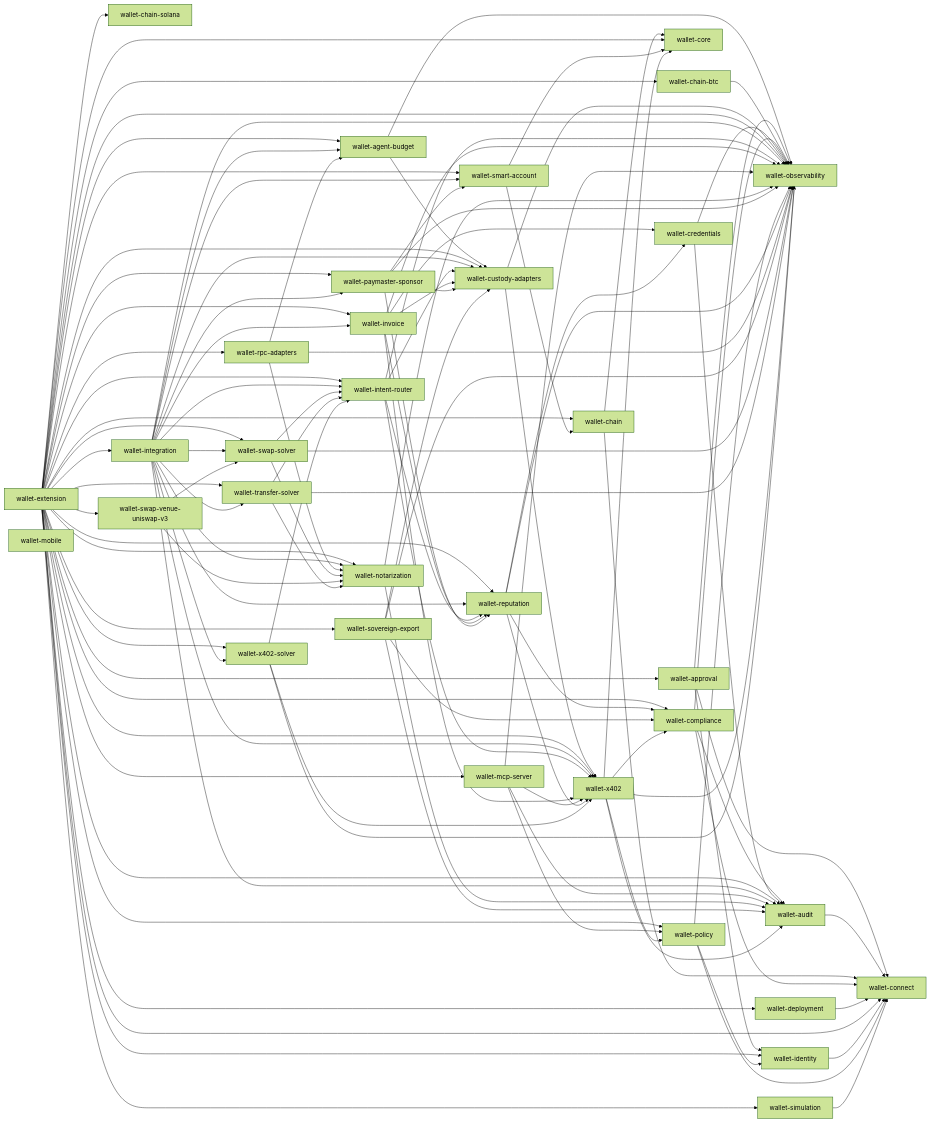
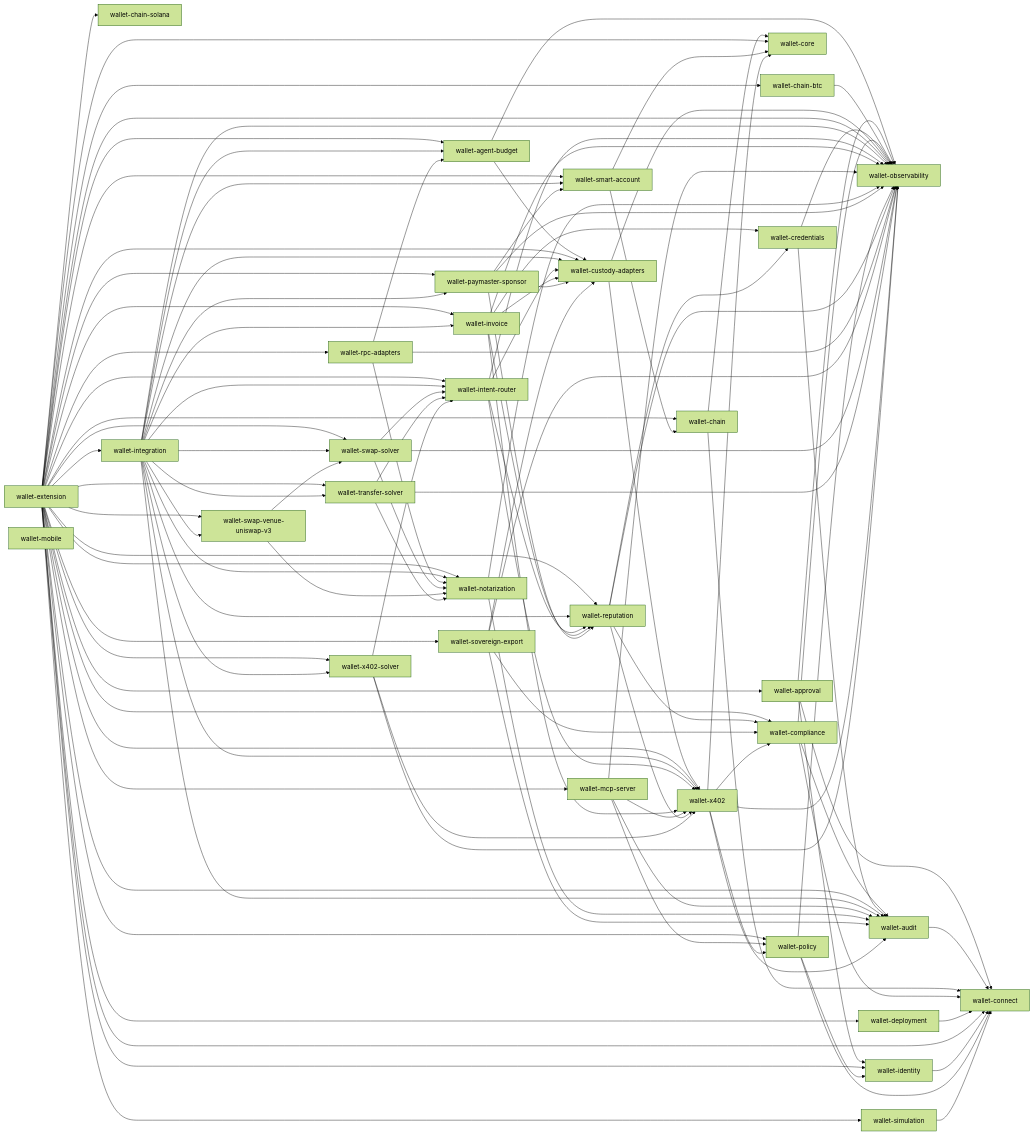
Before and after one commit to aethelred-foundation/wallet: the diagram in reports/workspace-deps.mmd, drawn with Mermaid (forest theme). The commit also changed 8 other files, not shown here.

First line of the commit message:
feat(integration): wire UniswapV3SwapVenue into solver-trio demo via --venue flag (#96)

```diff
--- a/reports/workspace-deps.mmd
+++ b/reports/workspace-deps.mmd
@@ -1,120 +1,121 @@
 flowchart LR
   wallet-agent-budget --> wallet-custody-adapters
   wallet-agent-budget --> wallet-observability
   wallet-approval --> wallet-connect
   wallet-approval --> wallet-identity
   wallet-approval --> wallet-observability
   wallet-audit --> wallet-connect
   wallet-chain --> wallet-connect
   wallet-chain --> wallet-core
   wallet-chain-btc --> wallet-observability
   wallet-chain-solana
   wallet-compliance --> wallet-audit
   wallet-compliance --> wallet-connect
   wallet-compliance --> wallet-observability
   wallet-connect
   wallet-core
   wallet-credentials --> wallet-audit
   wallet-credentials --> wallet-observability
   wallet-custody-adapters --> wallet-observability
   wallet-custody-adapters --> wallet-x402
   wallet-deployment --> wallet-connect
   wallet-extension --> wallet-agent-budget
   wallet-extension --> wallet-approval
   wallet-extension --> wallet-audit
   wallet-extension --> wallet-chain
   wallet-extension --> wallet-chain-btc
   wallet-extension --> wallet-chain-solana
   wallet-extension --> wallet-compliance
   wallet-extension --> wallet-connect
   wallet-extension --> wallet-core
   wallet-extension --> wallet-custody-adapters
   wallet-extension --> wallet-deployment
   wallet-extension --> wallet-identity
   wallet-extension --> wallet-integration
   wallet-extension --> wallet-intent-router
   wallet-extension --> wallet-invoice
   wallet-extension --> wallet-mcp-server
   wallet-extension --> wallet-notarization
   wallet-extension --> wallet-observability
   wallet-extension --> wallet-paymaster-sponsor
   wallet-extension --> wallet-policy
   wallet-extension --> wallet-reputation
   wallet-extension --> wallet-rpc-adapters
   wallet-extension --> wallet-simulation
   wallet-extension --> wallet-smart-account
   wallet-extension --> wallet-sovereign-export
   wallet-extension --> wallet-swap-solver
   wallet-extension --> wallet-swap-venue-uniswap-v3
   wallet-extension --> wallet-transfer-solver
   wallet-extension --> wallet-x402
   wallet-extension --> wallet-x402-solver
   wallet-identity --> wallet-connect
   wallet-integration --> wallet-agent-budget
   wallet-integration --> wallet-audit
   wallet-integration --> wallet-custody-adapters
   wallet-integration --> wallet-intent-router
   wallet-integration --> wallet-invoice
   wallet-integration --> wallet-notarization
   wallet-integration --> wallet-observability
   wallet-integration --> wallet-paymaster-sponsor
   wallet-integration --> wallet-reputation
   wallet-integration --> wallet-smart-account
   wallet-integration --> wallet-swap-solver
+  wallet-integration --> wallet-swap-venue-uniswap-v3
   wallet-integration --> wallet-transfer-solver
   wallet-integration --> wallet-x402
   wallet-integration --> wallet-x402-solver
   wallet-intent-router --> wallet-custody-adapters
   wallet-intent-router --> wallet-observability
   wallet-intent-router --> wallet-reputation
   wallet-intent-router --> wallet-x402
   wallet-invoice --> wallet-credentials
   wallet-invoice --> wallet-custody-adapters
   wallet-invoice --> wallet-observability
   wallet-invoice --> wallet-reputation
   wallet-invoice --> wallet-x402
   wallet-mcp-server --> wallet-audit
   wallet-mcp-server --> wallet-observability
   wallet-mcp-server --> wallet-policy
   wallet-mcp-server --> wallet-x402
   wallet-mobile
   wallet-notarization --> wallet-audit
   wallet-notarization --> wallet-observability
   wallet-observability
   wallet-paymaster-sponsor --> wallet-custody-adapters
   wallet-paymaster-sponsor --> wallet-observability
   wallet-paymaster-sponsor --> wallet-reputation
   wallet-paymaster-sponsor --> wallet-smart-account
   wallet-policy --> wallet-connect
   wallet-policy --> wallet-identity
   wallet-policy --> wallet-observability
   wallet-reputation --> wallet-compliance
   wallet-reputation --> wallet-credentials
   wallet-reputation --> wallet-observability
   wallet-reputation --> wallet-x402
   wallet-rpc-adapters --> wallet-agent-budget
   wallet-rpc-adapters --> wallet-notarization
   wallet-rpc-adapters --> wallet-observability
   wallet-simulation --> wallet-connect
   wallet-smart-account --> wallet-chain
   wallet-smart-account --> wallet-core
   wallet-sovereign-export --> wallet-audit
   wallet-sovereign-export --> wallet-compliance
   wallet-sovereign-export --> wallet-custody-adapters
   wallet-sovereign-export --> wallet-observability
   wallet-swap-solver --> wallet-intent-router
   wallet-swap-solver --> wallet-notarization
   wallet-swap-solver --> wallet-observability
   wallet-swap-venue-uniswap-v3 --> wallet-notarization
   wallet-swap-venue-uniswap-v3 --> wallet-swap-solver
   wallet-transfer-solver --> wallet-intent-router
   wallet-transfer-solver --> wallet-notarization
   wallet-transfer-solver --> wallet-observability
   wallet-x402 --> wallet-audit
   wallet-x402 --> wallet-compliance
   wallet-x402 --> wallet-core
   wallet-x402 --> wallet-observability
   wallet-x402 --> wallet-policy
   wallet-x402-solver --> wallet-intent-router
   wallet-x402-solver --> wallet-observability
   wallet-x402-solver --> wallet-x402
```
